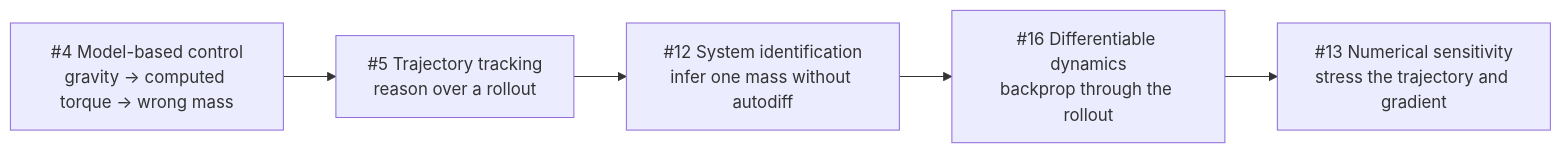
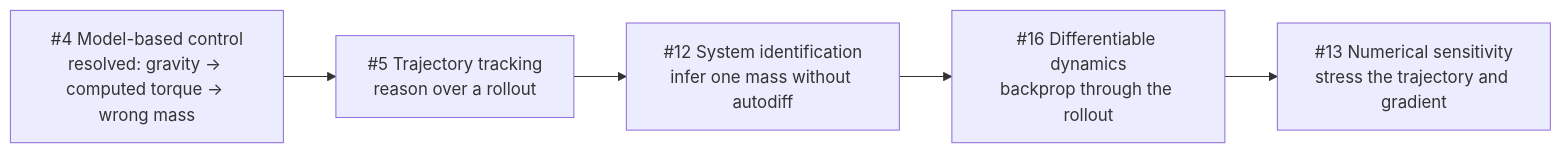
Before and after one commit to haidmoham/robotics-test-bench: the first of 2 diagrams in README.md, drawn with Mermaid. The commit also changed other lines of this file, not shown here.

Commit message:
docs: advance active route past resolved model control

````diff
--- a/README.md
+++ b/README.md
@@ -44,10 +44,10 @@
 ```mermaid
 flowchart LR
-    R04["#4 Model-based control<br/>gravity → computed torque → wrong mass"]
+    R04["#4 Model-based control<br/>resolved: gravity → computed torque → wrong mass"]
     R05["#5 Trajectory tracking<br/>reason over a rollout"]
     R12["#12 System identification<br/>infer one mass without autodiff"]
     R16["#16 Differentiable dynamics<br/>backprop through the rollout"]
     R13["#13 Numerical sensitivity<br/>stress the trajectory and gradient"]
 
     R04 --> R05 --> R12 --> R16 --> R13
 ```
````
